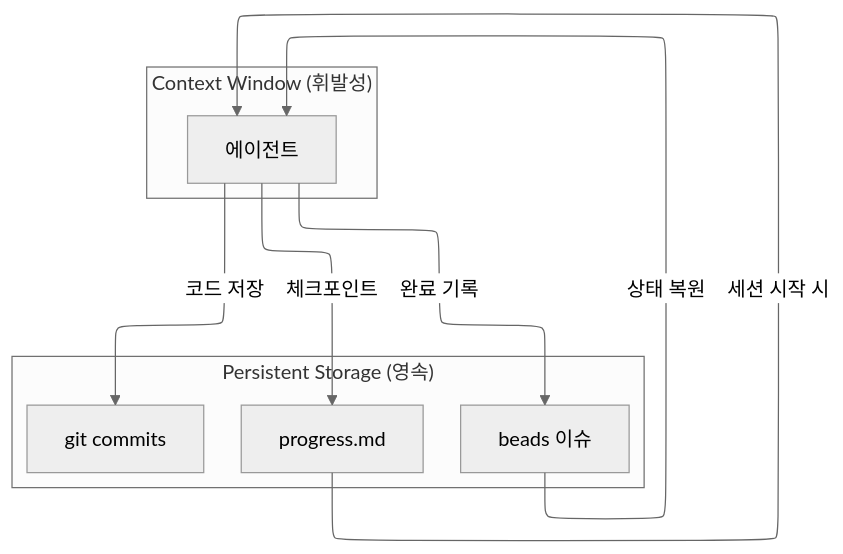
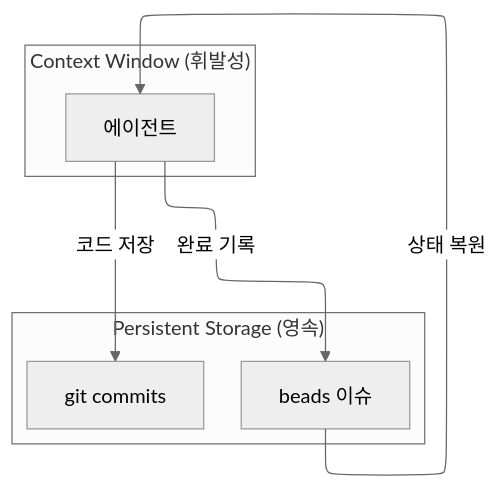
Before and after one commit to Wondermove-Inc/calab-claude-plugin: the diagram in plugins/workflow/guides/context-management.md, drawn with Mermaid (neutral theme). The commit also changed other lines of this file and 20 other files, not shown here.

First line of the commit message:
[refactor]: 9→4 에이전트 통합 및 워크플로우 v2.0 재설계

````diff
--- a/plugins/workflow/guides/context-management.md
+++ b/plugins/workflow/guides/context-management.md
@@ -21,19 +19,16 @@
 ```mermaid
 %%{init: {"flowchart": {"defaultRenderer": "elk"}}}%%
 flowchart TB
     subgraph "Context Window (휘발성)"
         Agent[에이전트]
     end
-    
+
     subgraph "Persistent Storage (영속)"
         Beads[beads 이슈]
-        Progress[progress.md]
         Git[git commits]
     end
-    
-    Agent -->|"체크포인트"| Progress
+
     Agent -->|"완료 기록"| Beads
     Agent -->|"코드 저장"| Git
-    Progress -->|"세션 시작 시"| Agent
     Beads -->|"상태 복원"| Agent
 ```
````
